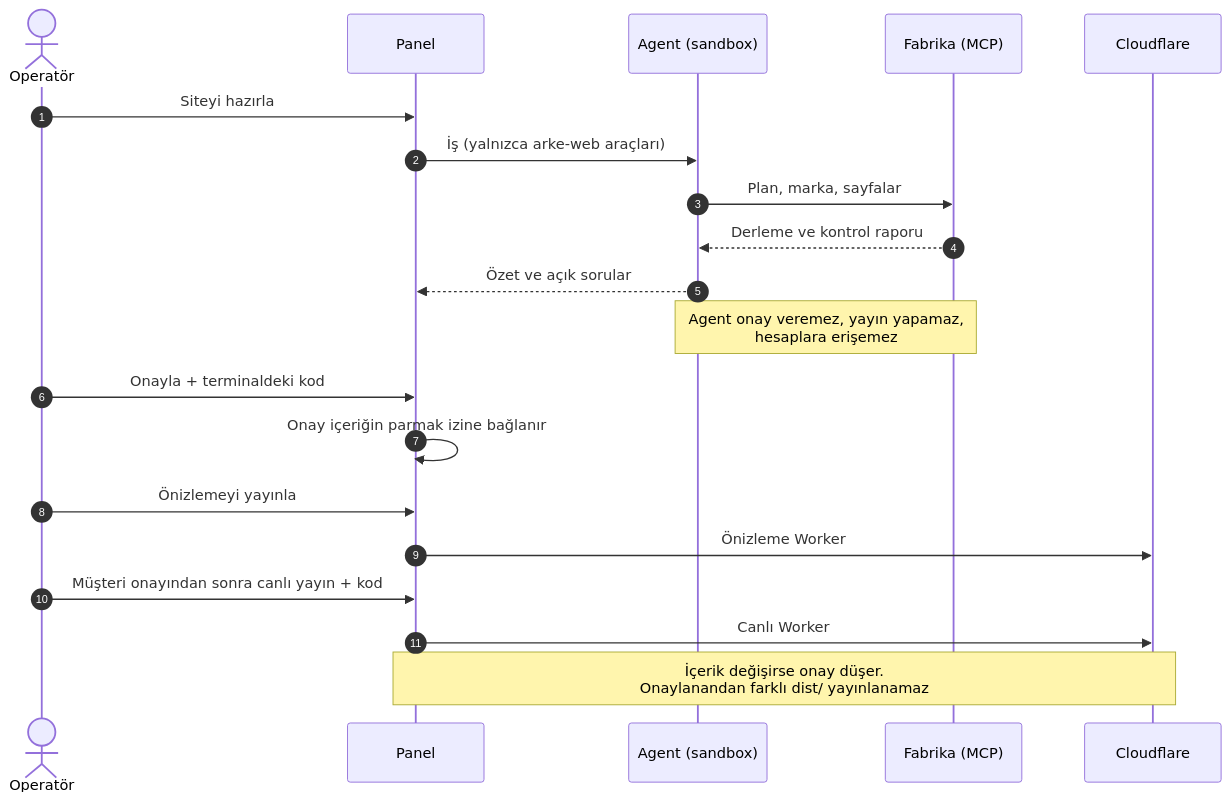
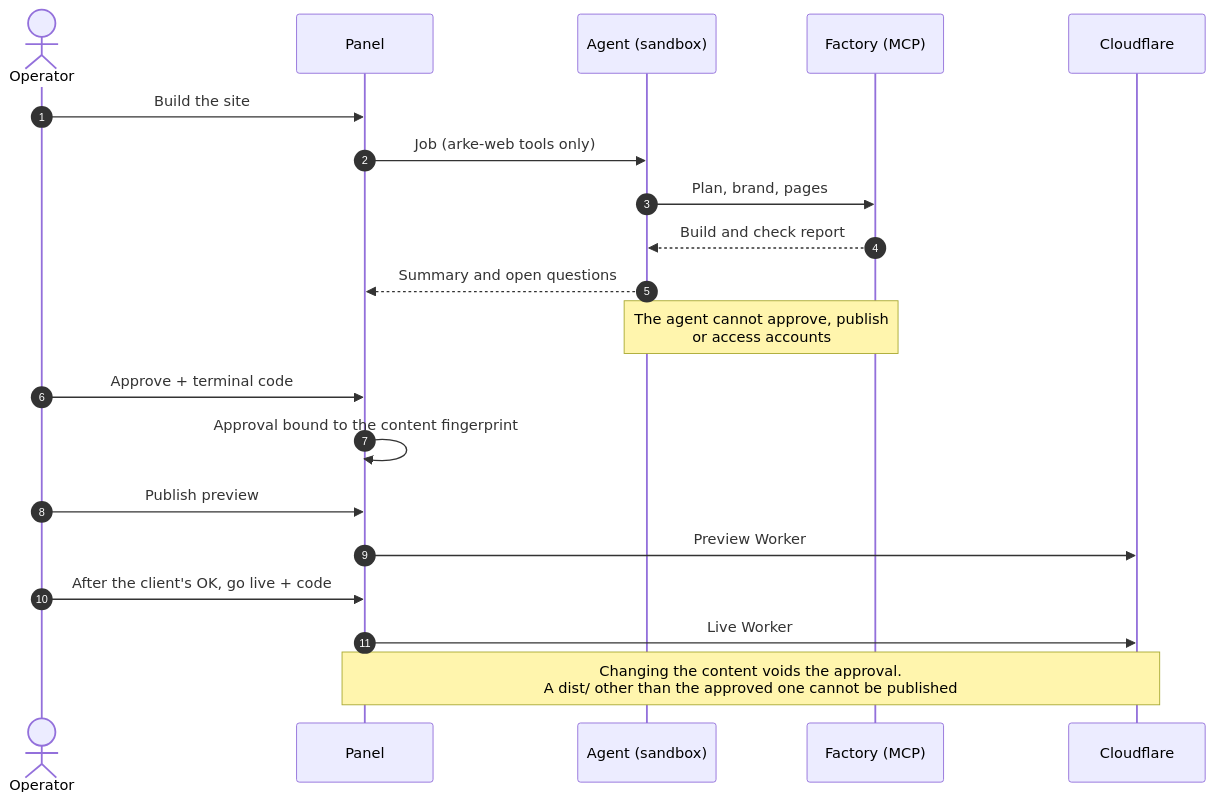
The diagram in README.md (eerenyilmazz/arke-web-studio), drawn with Mermaid before and after one commit. The commit also changed other lines of this file and 1 other file, not shown here.

````diff
--- a/README.md
+++ b/README.md
@@ -491,22 +497,22 @@
 ```mermaid
 sequenceDiagram
   autonumber
-  actor O as Operatör
+  actor O as Operator
   participant P as Panel
   participant A as Agent (sandbox)
-  participant F as Fabrika (MCP)
+  participant F as Factory (MCP)
   participant C as Cloudflare
-  O->>P: Siteyi hazırla
-  P->>A: İş (yalnızca arke-web araçları)
-  A->>F: Plan, marka, sayfalar
-  F-->>A: Derleme ve kontrol raporu
-  A-->>P: Özet ve açık sorular
-  Note over A,F: Agent onay veremez, yayın yapamaz,<br/>hesaplara erişemez
-  O->>P: Onayla + terminaldeki kod
-  P->>P: Onay içeriğin parmak izine bağlanır
-  O->>P: Önizlemeyi yayınla
-  P->>C: Önizleme Worker
-  O->>P: Müşteri onayından sonra canlı yayın + kod
-  P->>C: Canlı Worker
-  Note over P,C: İçerik değişirse onay düşer.<br/>Onaylanandan farklı dist/ yayınlanamaz
+  O->>P: Build the site
+  P->>A: Job (arke-web tools only)
+  A->>F: Plan, brand, pages
+  F-->>A: Build and check report
+  A-->>P: Summary and open questions
+  Note over A,F: The agent cannot approve, publish<br/>or access accounts
+  O->>P: Approve + terminal code
+  P->>P: Approval bound to the content fingerprint
+  O->>P: Publish preview
+  P->>C: Preview Worker
+  O->>P: After the client's OK, go live + code
+  P->>C: Live Worker
+  Note over P,C: Changing the content voids the approval.<br/>A dist/ other than the approved one cannot be published
 ```
````
